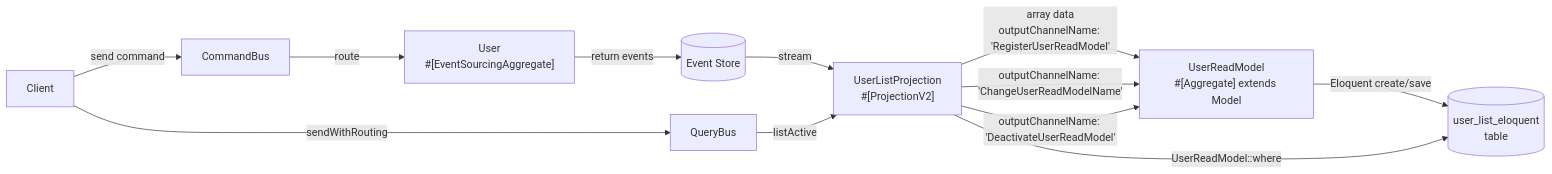
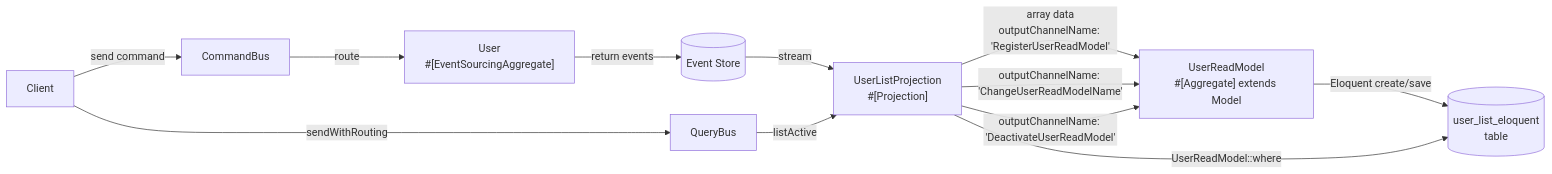
The first of 4 diagrams in quickstart-examples/Laravel/Projection/EloquentReadModel/README.md (ecotoneframework/ecotone-dev), drawn with Mermaid before and after one commit. The commit also changed other lines of this file and 3567 other files, not shown here.

First line of the commit message:
feat: Ecotone 2.0 — Ecotone owns the event store, the public API is `Api`, and every failure names its way out (#712)

````diff
--- a/quickstart-examples/Laravel/Projection/EloquentReadModel/README.md
+++ b/quickstart-examples/Laravel/Projection/EloquentReadModel/README.md
@@ -13,14 +13,14 @@
 ```mermaid
 flowchart LR
     Client -->|send command| CommandBus
     CommandBus -->|route| User["User\n#[EventSourcingAggregate]"]
     User -->|return events| EventStore[(Event Store)]
-    EventStore -->|stream| Projection["UserListProjection\n#[ProjectionV2]"]
+    EventStore -->|stream| Projection["UserListProjection\n#[Projection]"]
     Projection -->|array data\noutputChannelName: 'RegisterUserReadModel'| Aggregate["UserReadModel\n#[Aggregate] extends Model"]
     Projection -->|outputChannelName: 'ChangeUserReadModelName'| Aggregate
     Projection -->|outputChannelName: 'DeactivateUserReadModel'| Aggregate
     Aggregate -->|Eloquent create/save| ReadModel[(user_list_eloquent\ntable)]
     Client -->|sendWithRouting| QueryBus
     QueryBus -->|listActive| Projection
     Projection -->|UserReadModel::where| ReadModel
 ```
````
